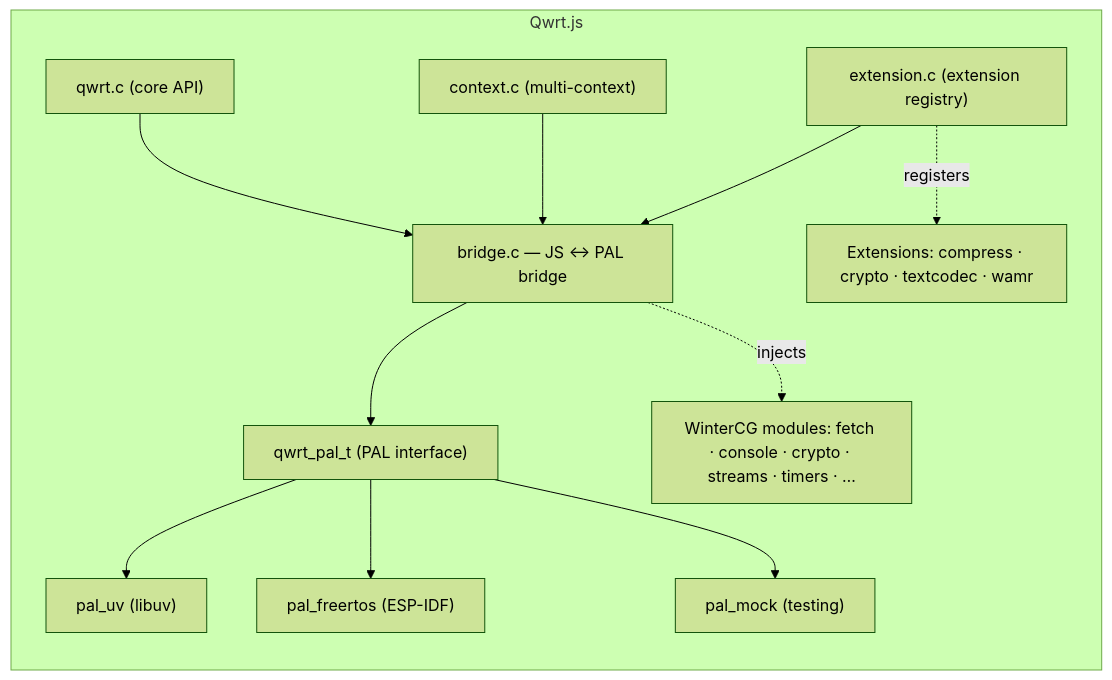
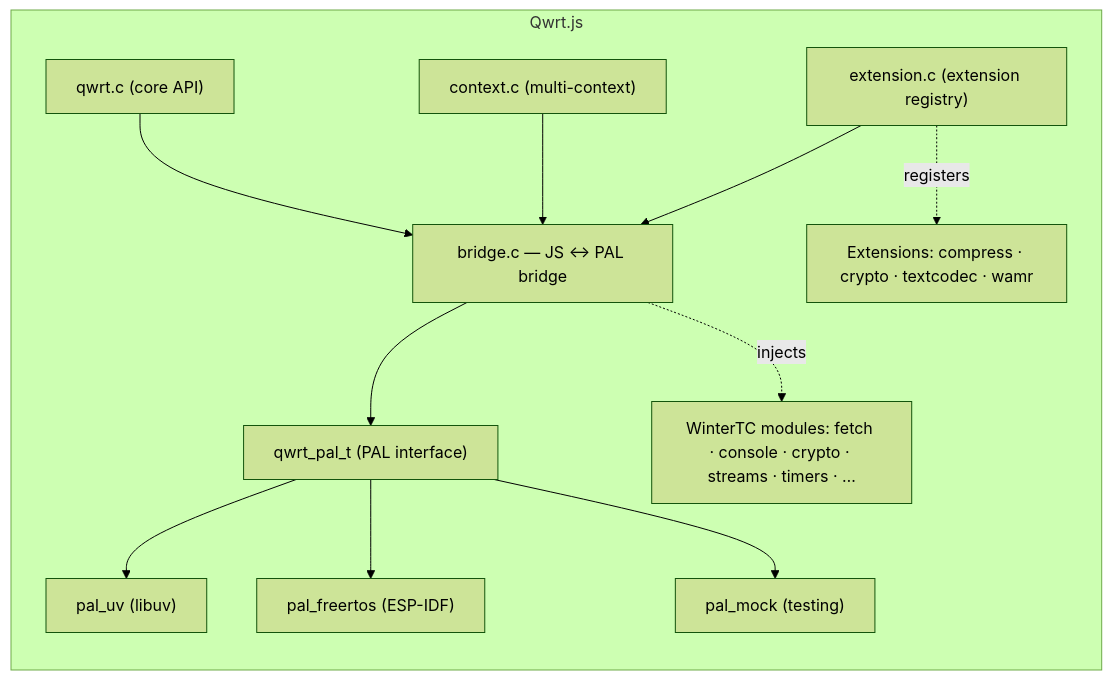
The diagram in docs/index.md (adam-ikari/qwrt), drawn with Mermaid (forest theme) before and after one commit. The commit also changed other lines of this file and 67 other files, not shown here.

````diff
--- a/docs/index.md
+++ b/docs/index.md
@@ -73,21 +73,21 @@
 ```mermaid
 flowchart TB
     subgraph QWRT["Qwrt.js"]
         direction TB
         Core["qwrt.c (core API)"]
         Ctx["context.c (multi-context)"]
         Ext["extension.c (extension registry)"]
         Bridge["bridge.c — JS ↔ PAL bridge"]
         Core --> Bridge
         Ctx --> Bridge
         Ext --> Bridge
         Bridge --> PAL["qwrt_pal_t (PAL interface)"]
         PAL --> PalUV["pal_uv (libuv)"]
         PAL --> PalFR["pal_freertos (ESP-IDF)"]
         PAL --> PalMock["pal_mock (testing)"]
-        JS["WinterCG modules: fetch · console · crypto · streams · timers · …"]
+        JS["WinterTC modules: fetch · console · crypto · streams · timers · …"]
         ExtList["Extensions: compress · crypto · textcodec · wamr"]
         Bridge -.injects.-> JS
         Ext -.registers.-> ExtList
     end
 ```
````
